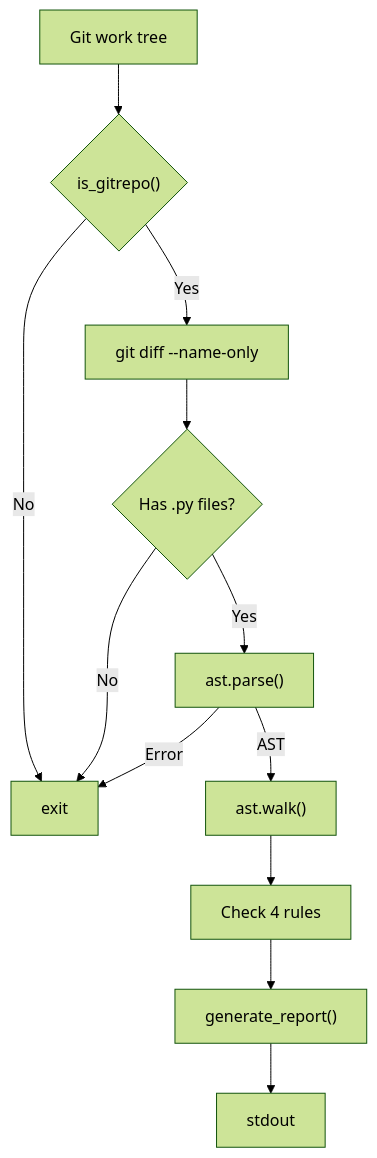
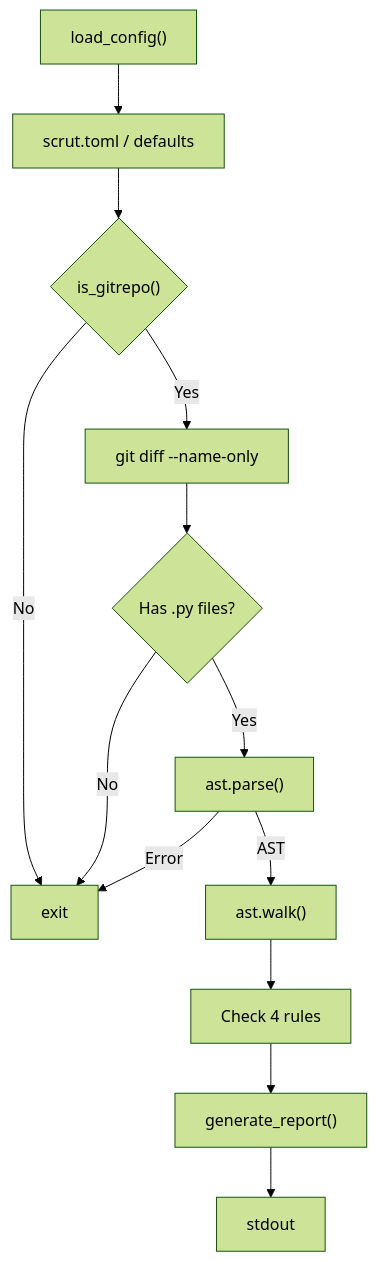
One commit to mukundzha/avouch changed the diagram in README.md. Above: the diagram before and after it, drawn with Mermaid (forest theme). The commit also changed other lines of this file, not shown here.

````diff
--- a/README.md
+++ b/README.md
@@ -78,14 +79,15 @@
 ```mermaid
 flowchart TD
-    A["Git work tree"] --> B{"is_gitrepo()"}
-    B -- "No" --> X["exit"]
-    B -- "Yes" --> C["git diff --name-only"]
-    C --> D{"Has .py files?"}
-    D -- "No" --> X
-    D -- "Yes" --> F["ast.parse()"]
+    A["load_config()"] --> B["scrut.toml / defaults"]
+    B --> C{"is_gitrepo()"}
+    C -- "No" --> X["exit"]
+    C -- "Yes" --> D["git diff --name-only"]
+    D --> E{"Has .py files?"}
+    E -- "No" --> X
+    E -- "Yes" --> F["ast.parse()"]
     F -- "Error" --> X
     F -- "AST" --> G["ast.walk()"]
     G --> H["Check 4 rules"]
     H --> I["generate_report()"]
     I --> J["stdout"]
 ```
````
